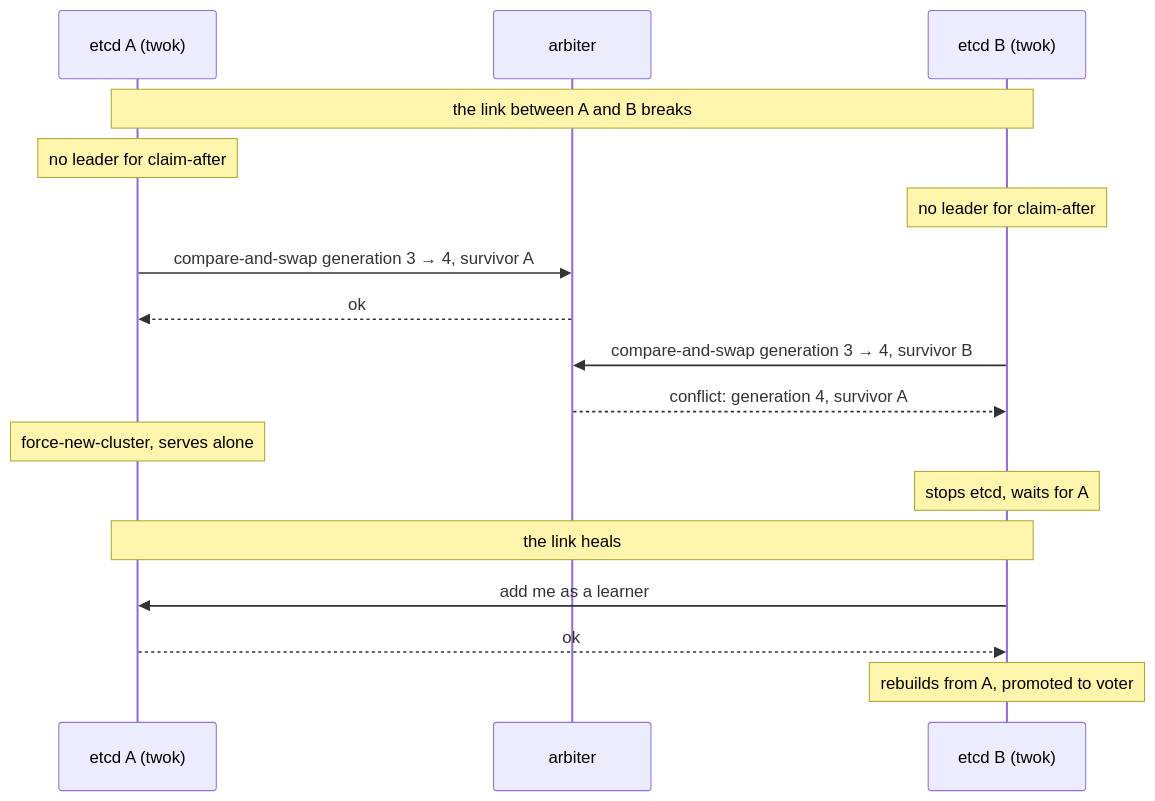
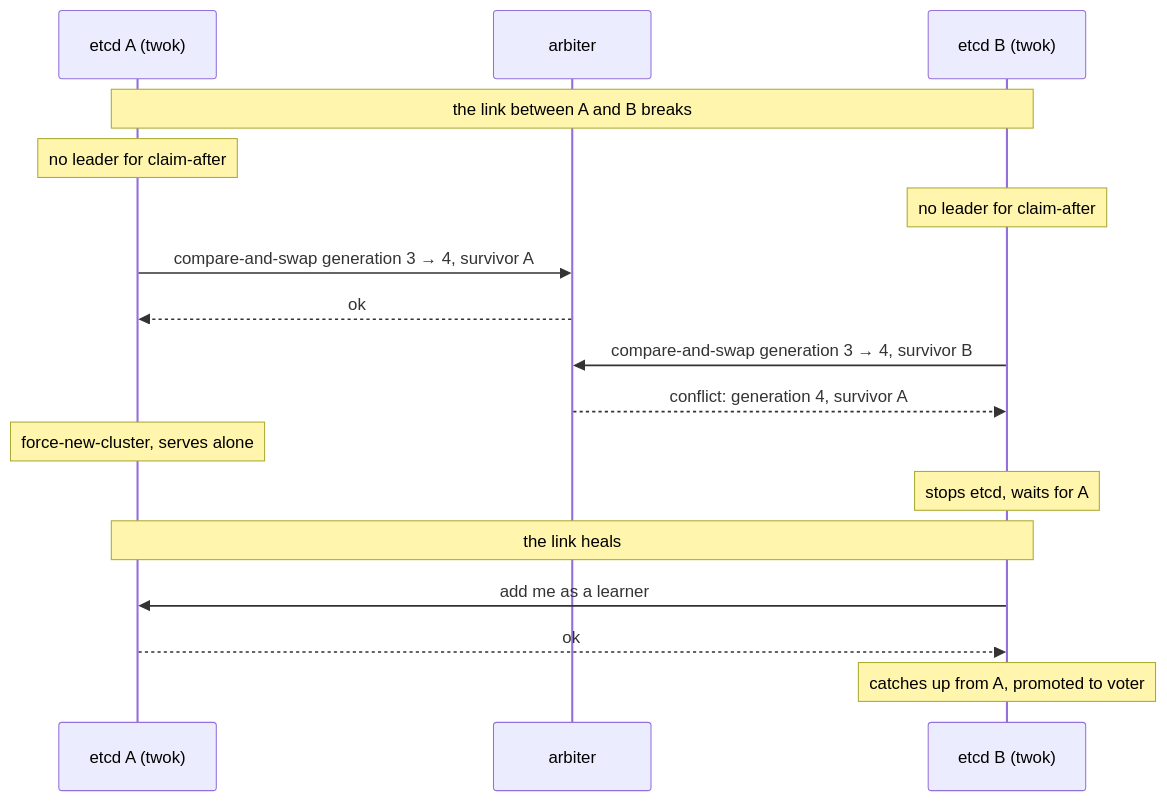
The diagram in README.md (aenix-io/twok), drawn with Mermaid before and after one commit. The commit also changed other lines of this file and 3 other files, not shown here.

````diff
--- a/README.md
+++ b/README.md
@@ -27,20 +27,20 @@
 ```mermaid
 sequenceDiagram
     participant A as etcd A (twok)
     participant R as arbiter
     participant B as etcd B (twok)
 
     Note over A,B: the link between A and B breaks
     Note over A: no leader for claim-after
     Note over B: no leader for claim-after
     A->>R: compare-and-swap generation 3 → 4, survivor A
     R-->>A: ok
     B->>R: compare-and-swap generation 3 → 4, survivor B
     R-->>B: conflict: generation 4, survivor A
     Note over A: force-new-cluster, serves alone
     Note over B: stops etcd, waits for A
     Note over A,B: the link heals
     B->>A: add me as a learner
     A-->>B: ok
-    Note over B: rebuilds from A, promoted to voter
+    Note over B: catches up from A, promoted to voter
 ```
````
